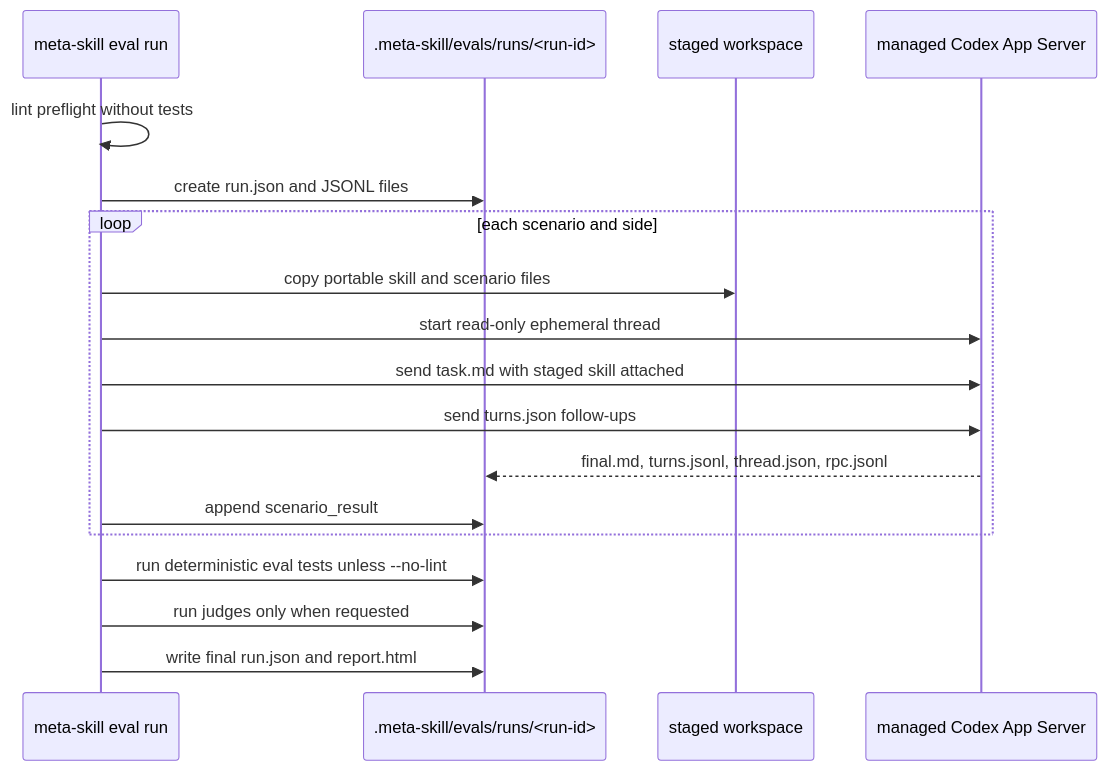
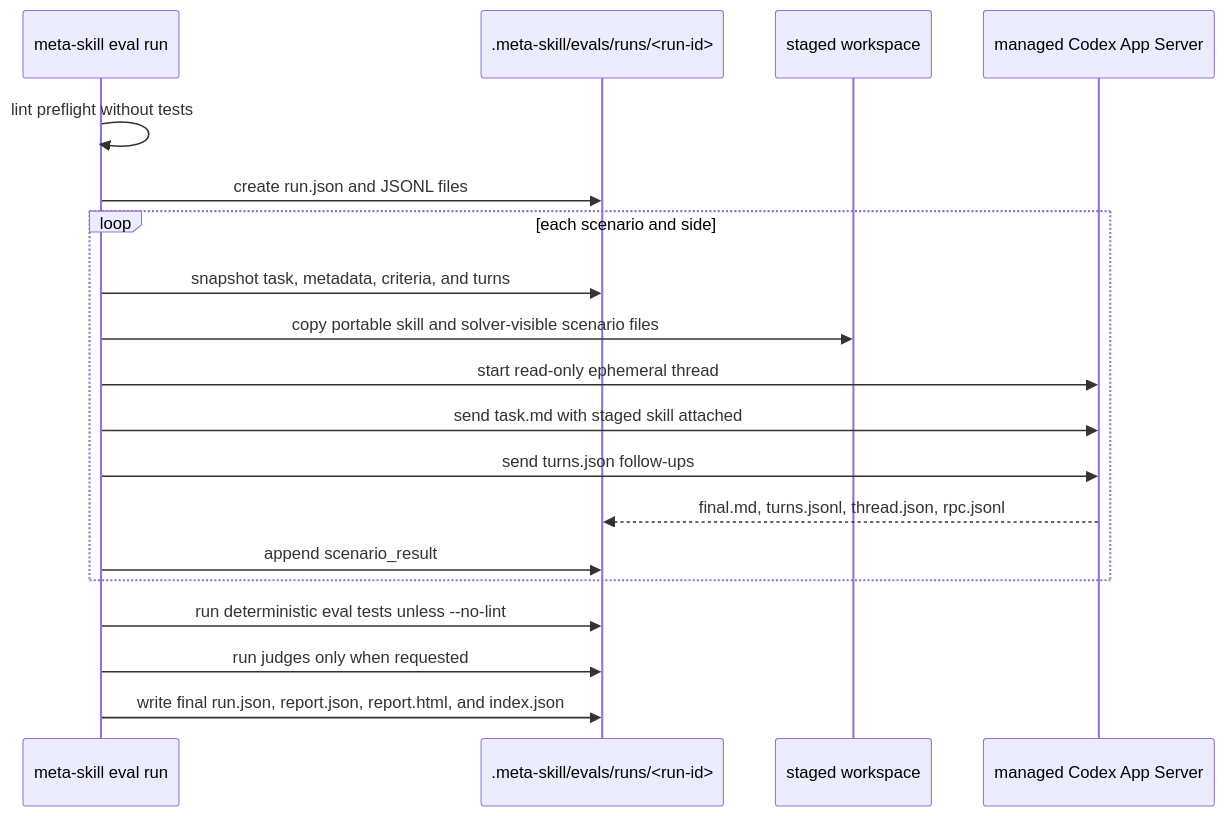
One commit to rishirsv/dots changed the fifth of 6 diagrams in plugins/meta-skill/architecture.md. Above: the diagram before and after it, drawn with Mermaid. The commit also changed other lines of this file and 40 other files, not shown here.

````diff
--- a/plugins/meta-skill/architecture.md
+++ b/plugins/meta-skill/architecture.md
@@ -133,21 +133,22 @@
 ```mermaid
 sequenceDiagram
   participant CLI as meta-skill eval run
   participant Run as .meta-skill/evals/runs/<run-id>
   participant Stage as staged workspace
   participant App as managed Codex App Server
 
   CLI->>CLI: lint preflight without tests
   CLI->>Run: create run.json and JSONL files
   loop each scenario and side
-    CLI->>Stage: copy portable skill and scenario files
+    CLI->>Run: snapshot task, metadata, criteria, and turns
+    CLI->>Stage: copy portable skill and solver-visible scenario files
     CLI->>App: start read-only ephemeral thread
     CLI->>App: send task.md with staged skill attached
     CLI->>App: send turns.json follow-ups
     App-->>Run: final.md, turns.jsonl, thread.json, rpc.jsonl
     CLI->>Run: append scenario_result
   end
   CLI->>Run: run deterministic eval tests unless --no-lint
   CLI->>Run: run judges only when requested
-  CLI->>Run: write final run.json and report.html
+  CLI->>Run: write final run.json, report.json, report.html, and index.json
 ```
````
